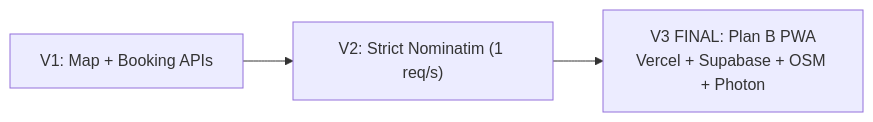
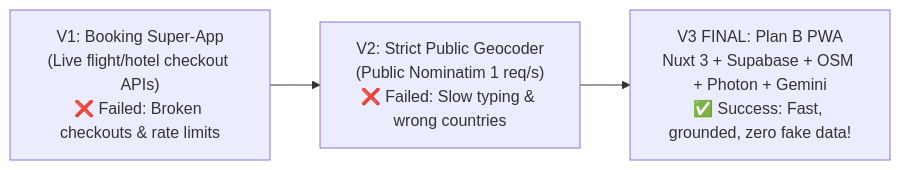
Before and after one commit to nlzce/We-are-the-champions_Plan-B: diagram 12 of 14 in README.md, drawn with Mermaid. The commit also changed other lines of this file, not shown here.

Commit message:
docs: simplify diagrams and narrative into plain, human-readable user flows while preserving tech stack

````diff
--- a/README.md
+++ b/README.md
@@ -534,5 +380,5 @@
 ```mermaid
 flowchart LR
-  V1["V1: Map + Booking APIs"] --> V2["V2: Strict Nominatim (1 req/s)"]
-  V2 --> V3["V3 FINAL: Plan B PWA<br/>Vercel + Supabase + OSM + Photon"]
+  V1["V1: Booking Super-App<br/>(Live flight/hotel checkout APIs)<br/>❌ Failed: Broken checkouts & rate limits"] --> V2["V2: Strict Public Geocoder<br/>(Public Nominatim 1 req/s)<br/>❌ Failed: Slow typing & wrong countries"]
+  V2 --> V3["V3 FINAL: Plan B PWA<br/>Nuxt 3 + Supabase + OSM + Photon + Gemini<br/>✅ Success: Fast, grounded, zero fake data!"]
 ```
````
